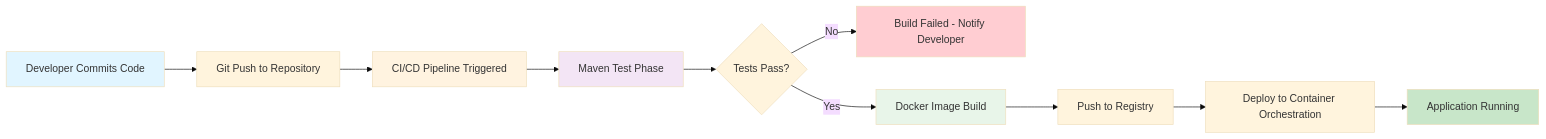
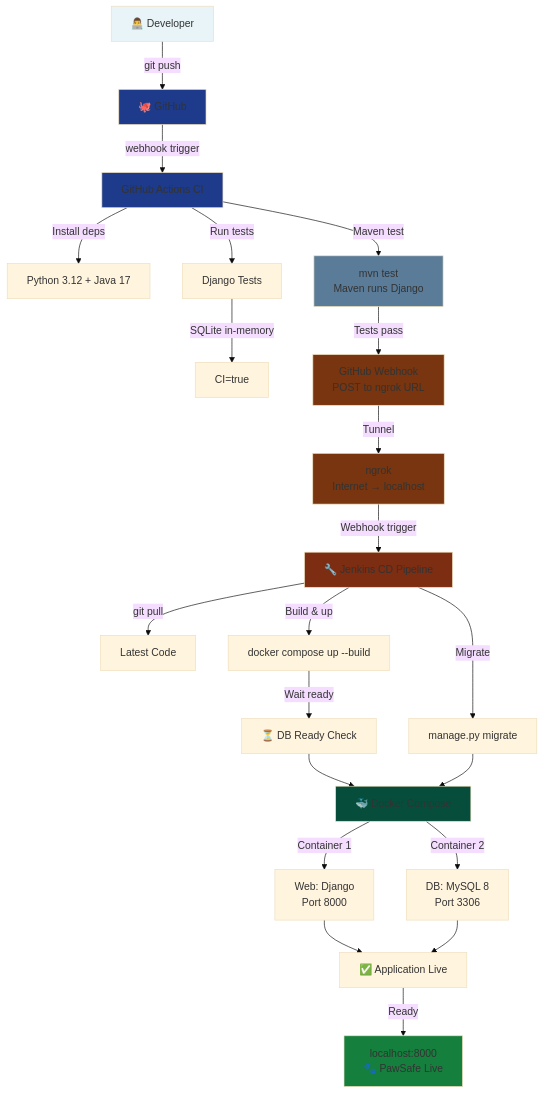
The diagram in README.md (Sakura-winter/PawSafe), drawn with Mermaid (base theme) before and after one commit. The commit also changed other lines of this file, not shown here.

Commit message:
update readme file

````diff
--- a/README.md
+++ b/README.md
@@ -123,19 +123,43 @@
 ```mermaid
-graph LR
-    A[Developer Commits Code] --> B[Git Push to Repository]
-    B --> C[CI/CD Pipeline Triggered]
-    C --> D[Maven Test Phase]
-    D --> E{Tests Pass?}
-    E -->|No| F[Build Failed - Notify Developer]
-    E -->|Yes| G[Docker Image Build]
-    G --> H[Push to Registry]
-    H --> I[Deploy to Container Orchestration]
-    I --> J[Application Running]
+graph TD
+    A["👨‍💻 Developer"] -->|git push| B["🐙 GitHub"]
+    B -->|webhook trigger| C["GitHub Actions CI"]
     
-    style A fill:#e1f5ff
-    style C fill:#fff3e0
-    style D fill:#f3e5f5
-    style G fill:#e8f5e9
-    style J fill:#c8e6c9
-    style F fill:#ffcdd2
+    C -->|Install deps| D["Python 3.12 + Java 17"]
+    C -->|Run tests| E["Django Tests"]
+    E -->|SQLite in-memory| F["CI=true"]
+    C -->|Maven test| G["mvn test<br/>Maven runs Django"]
+    
+    G -->|Tests pass| H["GitHub Webhook<br/>POST to ngrok URL"]
+    
+    H -->|Tunnel| I["ngrok<br/>Internet → localhost"]
+    
+    I -->|Webhook trigger| J["🔧 Jenkins CD Pipeline"]
+    
+    J -->|git pull| K["Latest Code"]
+    J -->|Build & up| L["docker compose up --build"]
+    
+    L -->|Wait ready| M["⏳ DB Ready Check"]
+    J -->|Migrate| N["manage.py migrate"]
+    
+    M --> O["🐳 Docker Compose"]
+    N --> O
+    
+    O -->|Container 1| P["Web: Django<br/>Port 8000"]
+    O -->|Container 2| Q["DB: MySQL 8<br/>Port 3306"]
+    
+    P --> R["✅ Application Live"]
+    Q --> R
+    
+    R -->|Ready| S["localhost:8000<br/>🐾 PawSafe Live"]
+    
+    style A fill:#e8f4f8
+    style B fill:#1e3a8a
+    style C fill:#1e3a8a
+    style H fill:#78350f
+    style I fill:#78350f
+    style J fill:#7c2d12
+    style O fill:#064e3b
+    style S fill:#15803d
+    style G fill:#5b7c99
 ```
````
